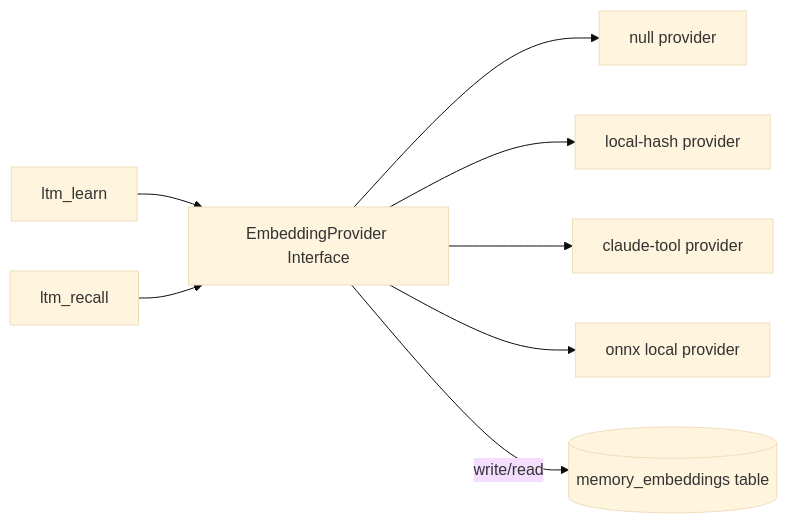
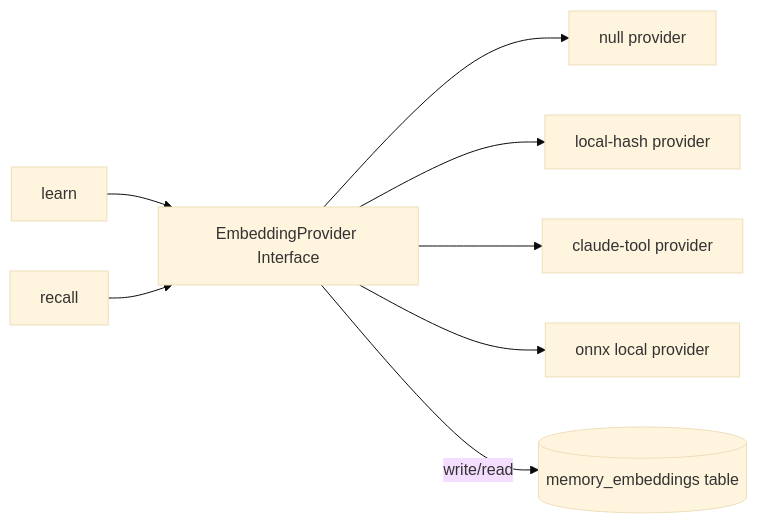
Before and after one commit to RohiRIK/OpenLtm: the eighth of 11 diagrams in docs/architecture.md, drawn with Mermaid (base theme). The commit also changed other lines of this file and 4 other files, not shown here.

````diff
--- a/docs/architecture.md
+++ b/docs/architecture.md
@@ -810,10 +810,10 @@
 ```mermaid
 flowchart LR
-  Learn[ltm_learn] --> EI[EmbeddingProvider Interface]
-  Recall[ltm_recall] --> EI
+  Learn[learn] --> EI[EmbeddingProvider Interface]
+  Recall[recall] --> EI
   EI --> P1[null provider]
   EI --> P2[local-hash provider]
   EI --> P3[claude-tool provider]
   EI --> P4[onnx local provider]
   EI -- write/read --> DB[(memory_embeddings table)]
 ```
````
